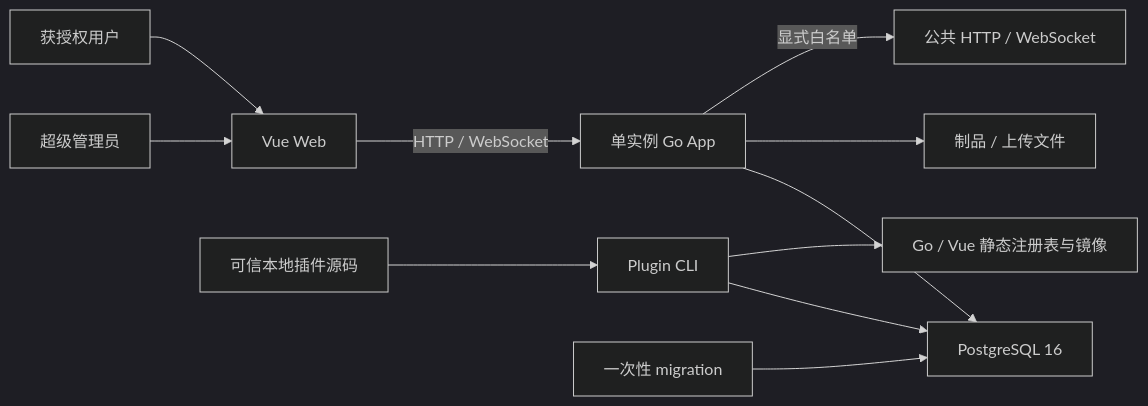
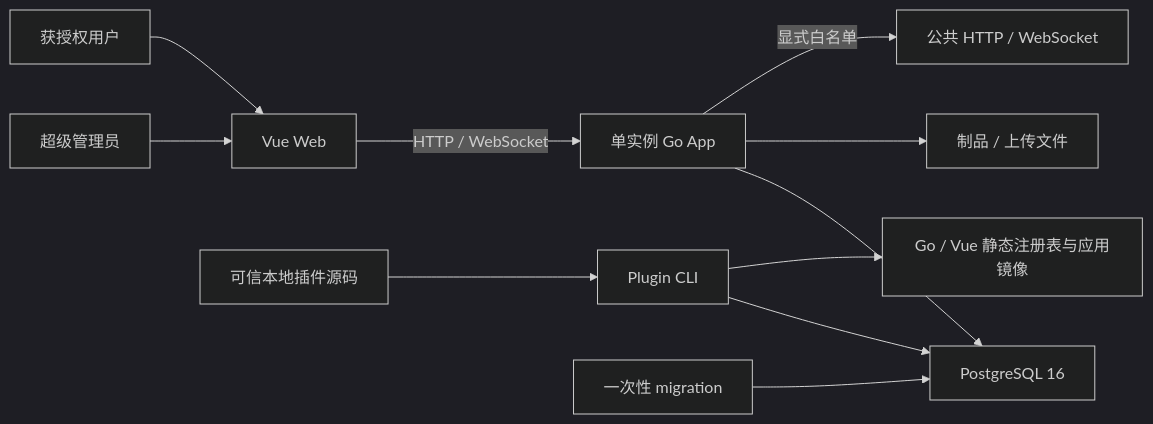
The first of 6 diagrams in docs/architecture/overview.md (CoderLTS/coinsphere-go), drawn with Mermaid (dark theme) before and after one commit. The commit also changed other lines of this file and 54 other files, not shown here.

````diff
--- a/docs/architecture/overview.md
+++ b/docs/architecture/overview.md
@@ -27,13 +27,13 @@
 ```mermaid
 flowchart LR
     ADMIN["超级管理员"] --> WEB["Vue Web"]
     USER["获授权用户"] --> WEB
     WEB -->|HTTP / WebSocket| APP["单实例 Go App"]
     APP --> DB["PostgreSQL 16"]
     APP --> FILES["制品 / 上传文件"]
     APP -->|显式白名单| PUBLIC["公共 HTTP / WebSocket"]
     SOURCE["可信本地插件源码"] --> CLI["Plugin CLI"]
     CLI --> DB
-    CLI --> BUILD["Go / Vue 静态注册表与镜像"]
+    CLI --> BUILD["Go / Vue 静态注册表与应用镜像"]
     MIGRATE["一次性 migration"] --> DB
 ```
````
